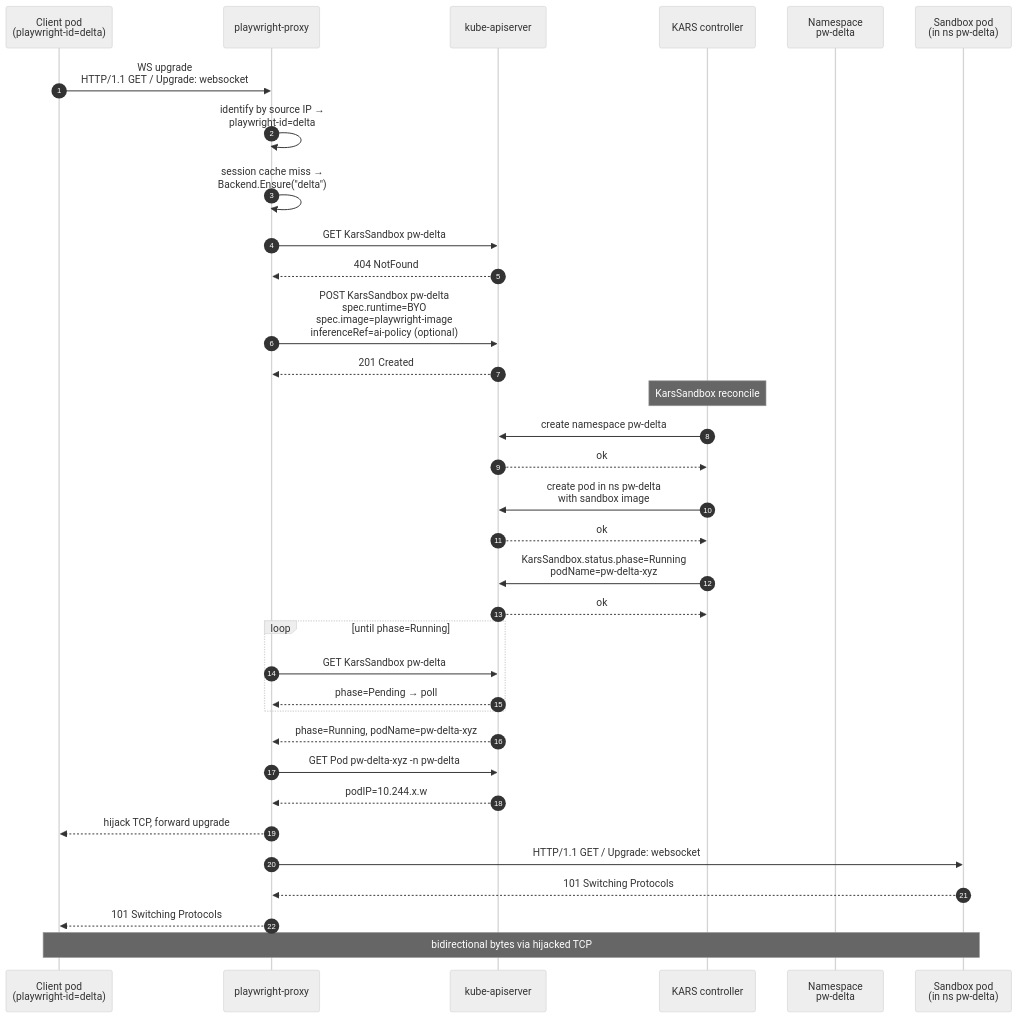
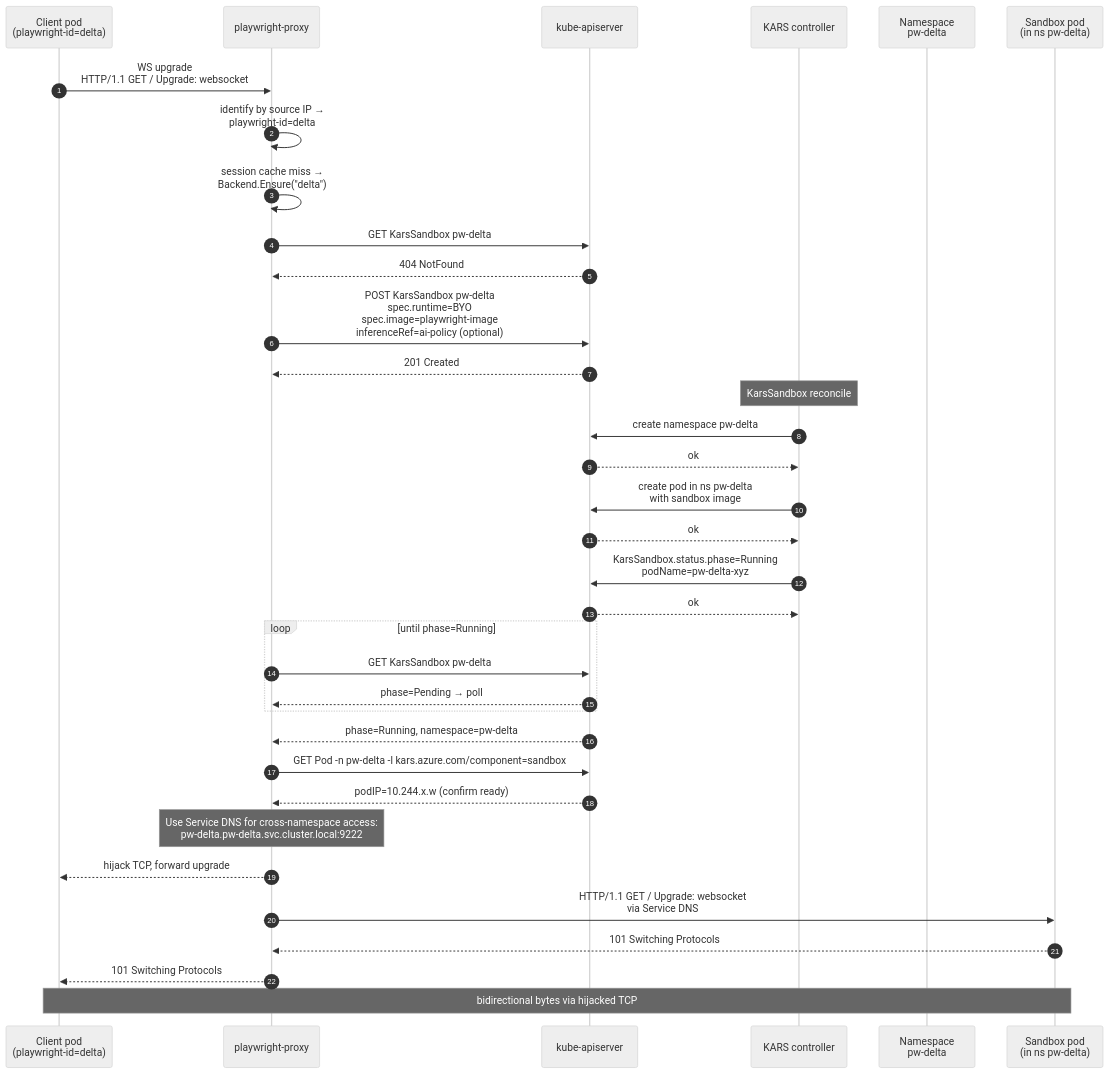
One commit to carlossg/playwright-k8s-sandbox changed the fifth of 5 diagrams in docs/ARCHITECTURE.md. Above: the diagram before and after it, drawn with Mermaid (neutral theme). The commit also changed other lines of this file and 2 other files, not shown here.

First line of the commit message:
docs: add KARS backend documentation

````diff
--- a/docs/ARCHITECTURE.md
+++ b/docs/ARCHITECTURE.md
@@ -324,42 +324,43 @@
 ```mermaid
 sequenceDiagram
     autonumber
     participant Cl as Client pod<br/>(playwright-id=delta)
     participant P as playwright-proxy
     participant K as kube-apiserver
     participant KC as KARS controller
     participant NS as Namespace<br/>pw-delta
     participant SBox as Sandbox pod<br/>(in ns pw-delta)
 
     Cl->>P: WS upgrade<br/>HTTP/1.1 GET / Upgrade: websocket
     P->>P: identify by source IP →<br/>playwright-id=delta
     P->>P: session cache miss →<br/>Backend.Ensure("delta")
 
     P->>K: GET KarsSandbox pw-delta
     K-->>P: 404 NotFound
     P->>K: POST KarsSandbox pw-delta<br/>spec.runtime=BYO<br/>spec.image=playwright-image<br/>inferenceRef=ai-policy (optional)
     K-->>P: 201 Created
 
     Note over KC: KarsSandbox reconcile
     KC->>K: create namespace pw-delta
     K-->>KC: ok
     KC->>K: create pod in ns pw-delta<br/>with sandbox image
     K-->>KC: ok
     KC->>K: KarsSandbox.status.phase=Running<br/>podName=pw-delta-xyz
     K-->>KC: ok
 
     loop until phase=Running
         P->>K: GET KarsSandbox pw-delta
         K-->>P: phase=Pending → poll
     end
-    K-->>P: phase=Running, podName=pw-delta-xyz
+    K-->>P: phase=Running, namespace=pw-delta
 
-    P->>K: GET Pod pw-delta-xyz -n pw-delta
-    K-->>P: podIP=10.244.x.w
+    P->>K: GET Pod -n pw-delta -l kars.azure.com/component=sandbox
+    K-->>P: podIP=10.244.x.w (confirm ready)
 
+    Note over P: Use Service DNS for cross-namespace access:<br/>pw-delta.pw-delta.svc.cluster.local:9222
     P-->>Cl: hijack TCP, forward upgrade
-    P->>SBox: HTTP/1.1 GET / Upgrade: websocket
+    P->>SBox: HTTP/1.1 GET / Upgrade: websocket<br/>via Service DNS
     SBox-->>P: 101 Switching Protocols
     P-->>Cl: 101 Switching Protocols
     Note over Cl,SBox: bidirectional bytes via hijacked TCP
 ```
````
